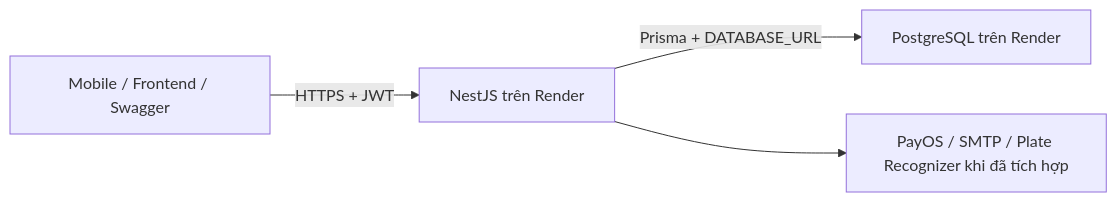
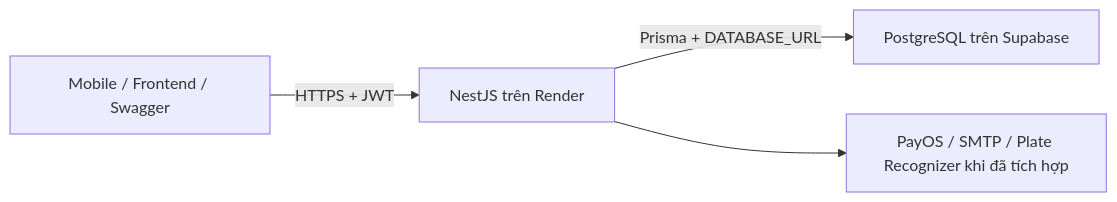
Before and after one commit to PRM393-PBMS/Backend: the diagram in docs/huong-dan-env-va-deploy.md, drawn with Mermaid. The commit also changed other lines of this file and 8 other files, not shown here.

````diff
--- a/docs/huong-dan-env-va-deploy.md
+++ b/docs/huong-dan-env-va-deploy.md
@@ -9,6 +9,6 @@
 ```mermaid
 flowchart LR
   A[Mobile / Frontend / Swagger] -->|HTTPS + JWT| B[NestJS trên Render]
-  B -->|Prisma + DATABASE_URL| C[PostgreSQL trên Render]
+  B -->|Prisma + DATABASE_URL| C[PostgreSQL trên Supabase]
   B --> D[PayOS / SMTP / Plate Recognizer khi đã tích hợp]
 ```
````
